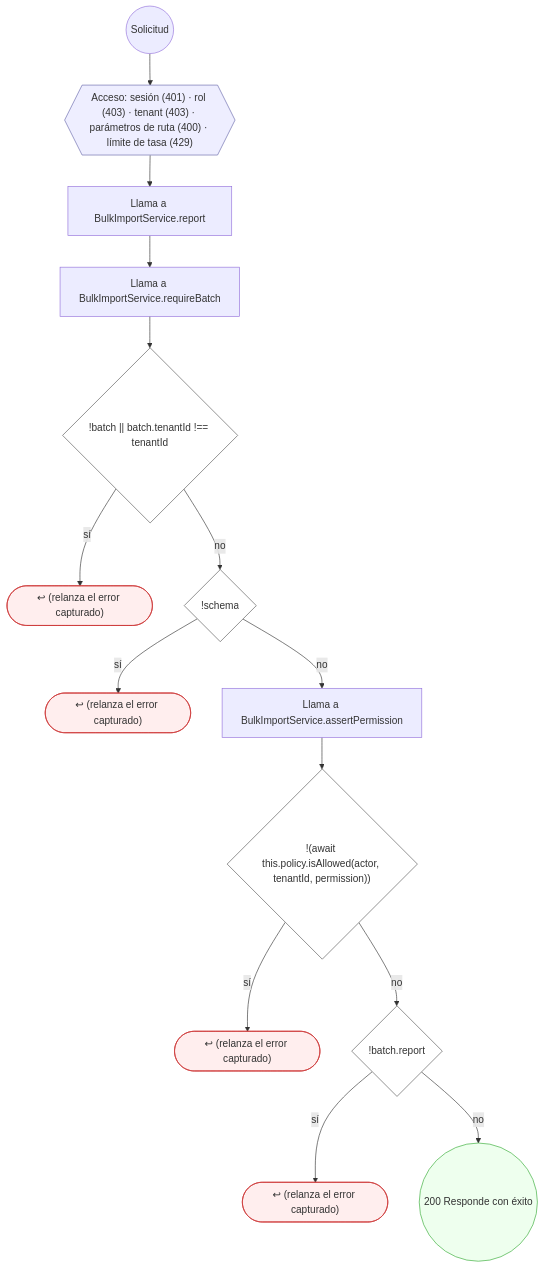
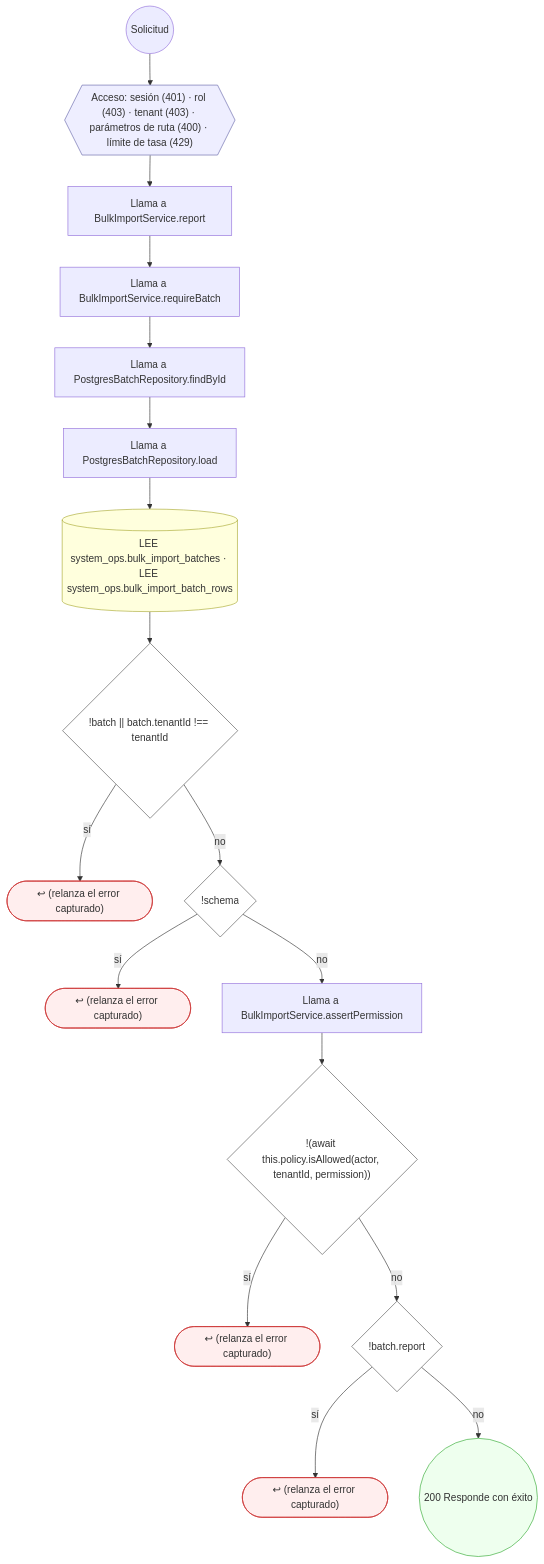
Before and after one commit to mdavila-2001/mantra-core-health-api: the seventh of 8 diagrams in docs/inventario/flujos/bulk_import.md, drawn with Mermaid. The commit also changed other lines of this file and 124 other files, not shown here.

````diff
--- a/docs/inventario/flujos/bulk_import.md
+++ b/docs/inventario/flujos/bulk_import.md
@@ -411,36 +523,42 @@
 ```mermaid
 flowchart TD
   n1(("Solicitud")):::inicio
   n2{{"Acceso: sesión (401) · rol (403) · tenant (403) · parámetros de ruta (400) · límite de tasa (429)"}}:::acceso
   n1 --> n2
   n3["Llama a BulkImportService.report"]:::llamada
   n2 --> n3
   n4["Llama a BulkImportService.requireBatch"]:::llamada
   n3 --> n4
-  n5{"!batch || batch.tenantId !== tenantId"}:::decision
+  n5["Llama a PostgresBatchRepository.findById"]:::llamada
   n4 --> n5
-  n6(["↩ (relanza el error capturado)"]):::error
-  n5 -->|"sí"| n6
-  n7{"!schema"}:::decision
-  n5 -->|"no"| n7
-  n8(["↩ (relanza el error capturado)"]):::error
-  n7 -->|"sí"| n8
-  n9["Llama a BulkImportService.assertPermission"]:::llamada
-  n7 -->|"no"| n9
-  n10{"!(await this.policy.isAllowed(actor, tenantId, permission))"}:::decision
-  n9 --> n10
+  n6["Llama a PostgresBatchRepository.load"]:::llamada
+  n5 --> n6
+  n7[("LEE system_ops.bulk_import_batches · LEE system_ops.bulk_import_batch_rows")]:::efecto
+  n6 --> n7
+  n8{"!batch || batch.tenantId !== tenantId"}:::decision
+  n7 --> n8
+  n9(["↩ (relanza el error capturado)"]):::error
+  n8 -->|"sí"| n9
+  n10{"!schema"}:::decision
+  n8 -->|"no"| n10
   n11(["↩ (relanza el error capturado)"]):::error
   n10 -->|"sí"| n11
-  n12{"!batch.report"}:::decision
+  n12["Llama a BulkImportService.assertPermission"]:::llamada
   n10 -->|"no"| n12
-  n13(["↩ (relanza el error capturado)"]):::error
-  n12 -->|"sí"| n13
-  n14(("200 Responde con éxito")):::ok
-  n12 -->|"no"| n14
+  n13{"!(await this.policy.isAllowed(actor, tenantId, permission))"}:::decision
+  n12 --> n13
+  n14(["↩ (relanza el error capturado)"]):::error
+  n13 -->|"sí"| n14
+  n15{"!batch.report"}:::decision
+  n13 -->|"no"| n15
+  n16(["↩ (relanza el error capturado)"]):::error
+  n15 -->|"sí"| n16
+  n17(("200 Responde con éxito")):::ok
+  n15 -->|"no"| n17
   classDef acceso fill:#eef,stroke:#66a
   classDef error fill:#fee,stroke:#c33
   classDef ok fill:#efe,stroke:#3a3
   classDef efecto fill:#ffd,stroke:#aa3
   classDef decision fill:#fff,stroke:#555
   classDef corte fill:#eee,stroke:#999,stroke-dasharray: 4
 ```
````
